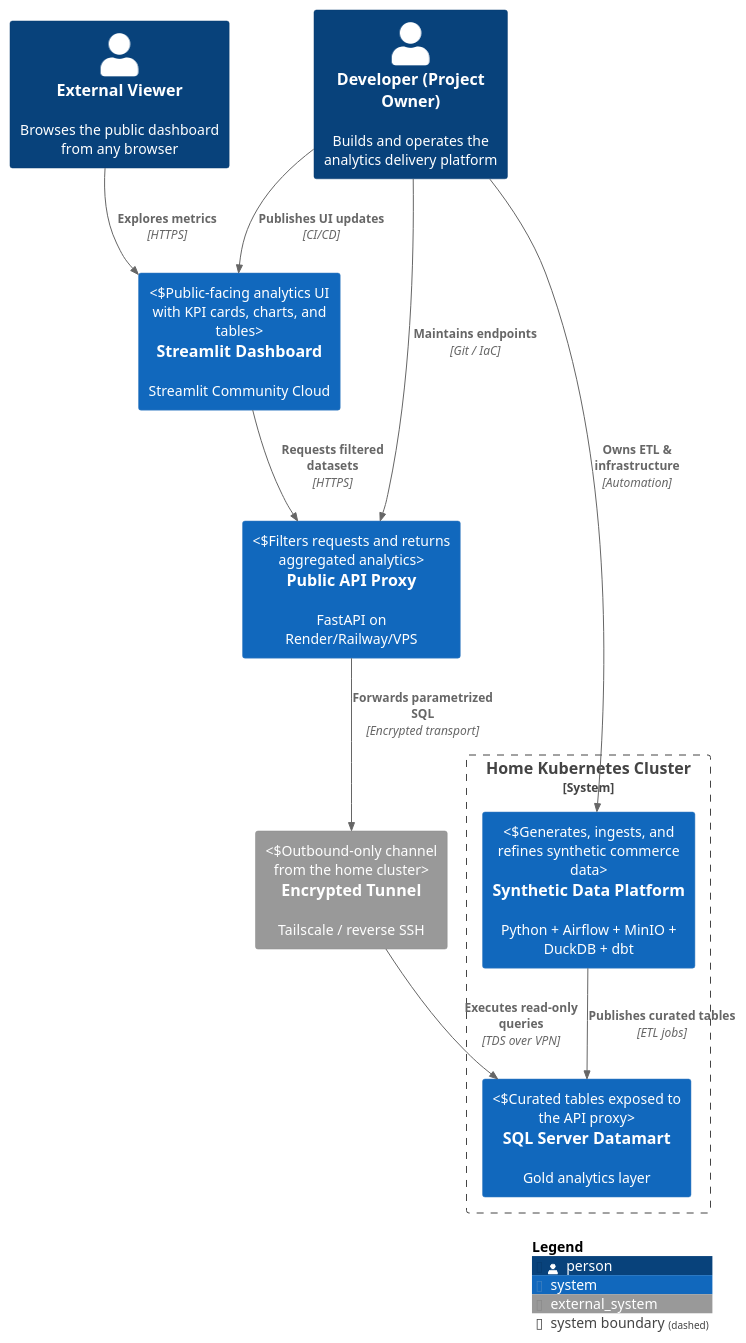
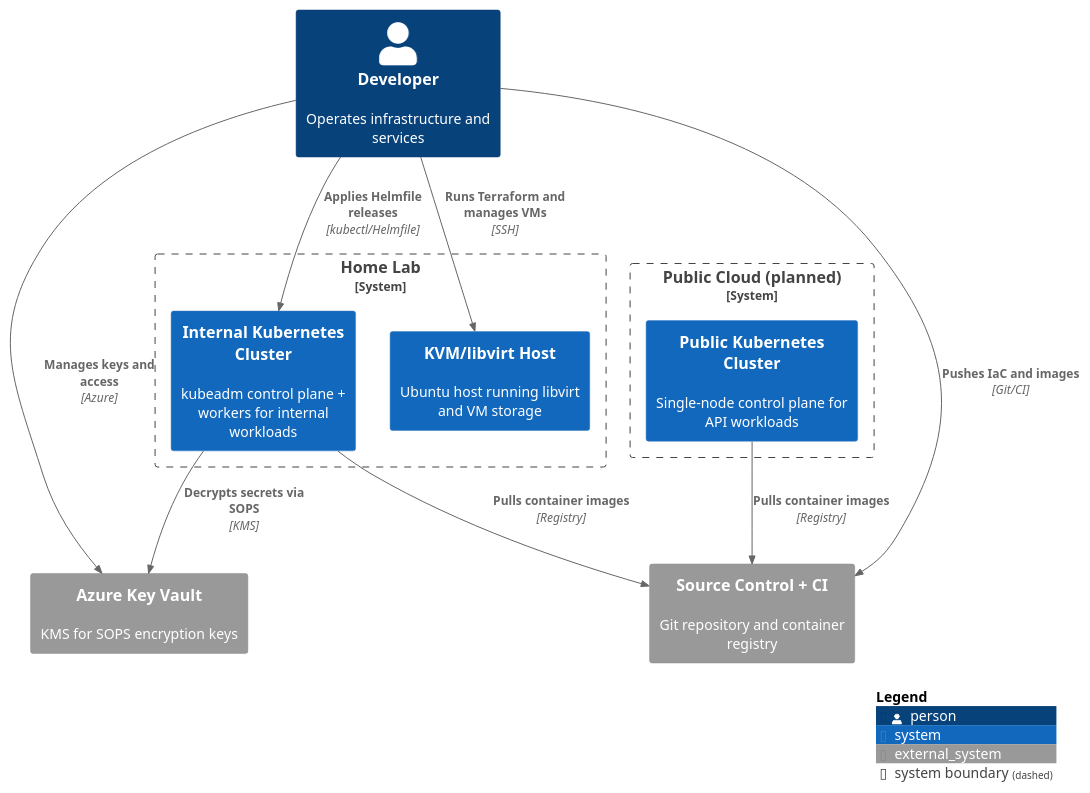
One commit to AntonMiniazev/bohr_project changed the diagram in docs/diagrams/context.puml. Above: the diagram before and after it, drawn with PlantUML. The commit also changed 111 other files, not shown here.

```diff
--- a/docs/diagrams/context.puml
+++ b/docs/diagrams/context.puml
@@ -1,28 +1,29 @@
 @startuml Context
 !includeurl https://raw.githubusercontent.com/plantuml-stdlib/C4-PlantUML/master/C4_Context.puml
 LAYOUT_WITH_LEGEND()
 HIDE_STEREOTYPE()
-AddElementTag("PublicCloud", $bgColor="#E6F2FF", $fontColor="#0B2545")
 
-Person(customer, "External Viewer", "Browses the public dashboard from any browser")
-Person(dev, "Developer (Project Owner)", "Builds and operates the analytics delivery platform")
-System(streamlit, "Streamlit Dashboard", "Streamlit Community Cloud", "Public-facing analytics UI with KPI cards, charts, and tables")
-System(api, "Public API Proxy", "FastAPI on Render/Railway/VPS", "Filters requests and returns aggregated analytics")
-System_Ext(tunnel, "Encrypted Tunnel", "Tailscale / reverse SSH", "Outbound-only channel from the home cluster")
+Person(dev, "Developer", "Operates infrastructure and services")
 
-System_Boundary(home, "Home Kubernetes Cluster") {
-    System(sql, "SQL Server Datamart", "Gold analytics layer", "Curated tables exposed to the API proxy")
-    System(dataPlatform, "Synthetic Data Platform", "Python + Airflow + MinIO + DuckDB + dbt", "Generates, ingests, and refines synthetic commerce data")
+System_Ext(git, "Source Control + CI", "Git repository and container registry")
+System_Ext(keyvault, "Azure Key Vault", "KMS for SOPS encryption keys")
+
+System_Boundary(home, "Home Lab") {
+    System(kvm, "KVM/libvirt Host", "Ubuntu host running libvirt and VM storage")
+    System(homek8s, "Internal Kubernetes Cluster", "kubeadm control plane + workers for internal workloads")
 }
 
-Rel(customer, streamlit, "Explores metrics", "HTTPS")
-Rel(dev, streamlit, "Publishes UI updates", "CI/CD")
-Rel(dev, api, "Maintains endpoints", "Git / IaC")
-Rel(dev, dataPlatform, "Owns ETL & infrastructure", "Automation")
-Rel(streamlit, api, "Requests filtered datasets", "HTTPS")
-Rel(api, tunnel, "Forwards parametrized SQL", "Encrypted transport")
-Rel(tunnel, sql, "Executes read-only queries", "TDS over VPN")
-Rel(dataPlatform, sql, "Publishes curated tables", "ETL jobs")
+System_Boundary(cloud, "Public Cloud (planned)") {
+    System(apik8s, "Public Kubernetes Cluster", "Single-node control plane for API workloads")
+}
+
+Rel(dev, git, "Pushes IaC and images", "Git/CI")
+Rel(dev, kvm, "Runs Terraform and manages VMs", "SSH")
+Rel(dev, homek8s, "Applies Helmfile releases", "kubectl/Helmfile")
+Rel(dev, keyvault, "Manages keys and access", "Azure")
+Rel(homek8s, keyvault, "Decrypts secrets via SOPS", "KMS")
+Rel(homek8s, git, "Pulls container images", "Registry")
+Rel(apik8s, git, "Pulls container images", "Registry")
 
 SHOW_LEGEND()
 @enduml
```
